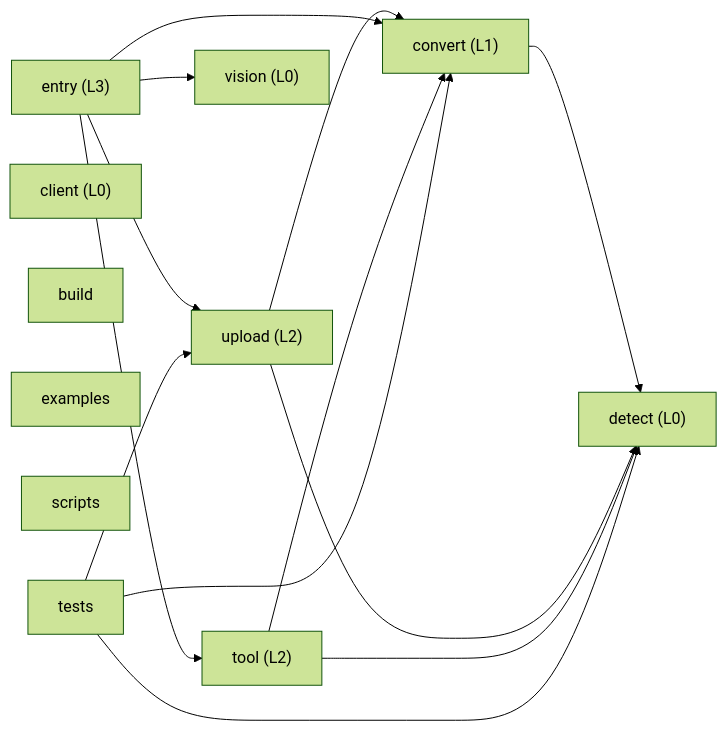
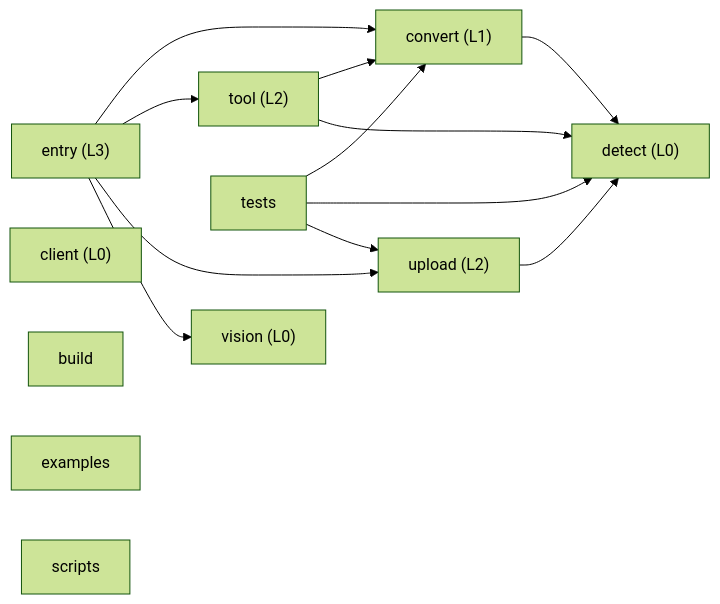
One commit to HongMing-Huang/dsh-file-upload changed the diagram in ARCHITECTURE.md. Above: the diagram before and after it, drawn with Mermaid (forest theme). The commit also changed other lines of this file and 13 other files, not shown here.

````diff
--- a/ARCHITECTURE.md
+++ b/ARCHITECTURE.md
@@ -76,26 +77,25 @@
 ```mermaid
 graph LR
   convert["convert (L1)"]
   upload["upload (L2)"]
   detect["detect (L0)"]
   vision["vision (L0)"]
   entry["entry (L3)"]
   tool["tool (L2)"]
   client["client (L0)"]
   build["build"]
   examples["examples"]
   scripts["scripts"]
   tests["tests"]
   convert --> detect
-  upload --> convert
   upload --> detect
   entry --> convert
   entry --> tool
   entry --> upload
   entry --> vision
   tool --> convert
   tool --> detect
   tests --> convert
   tests --> detect
   tests --> upload
 ```
````
